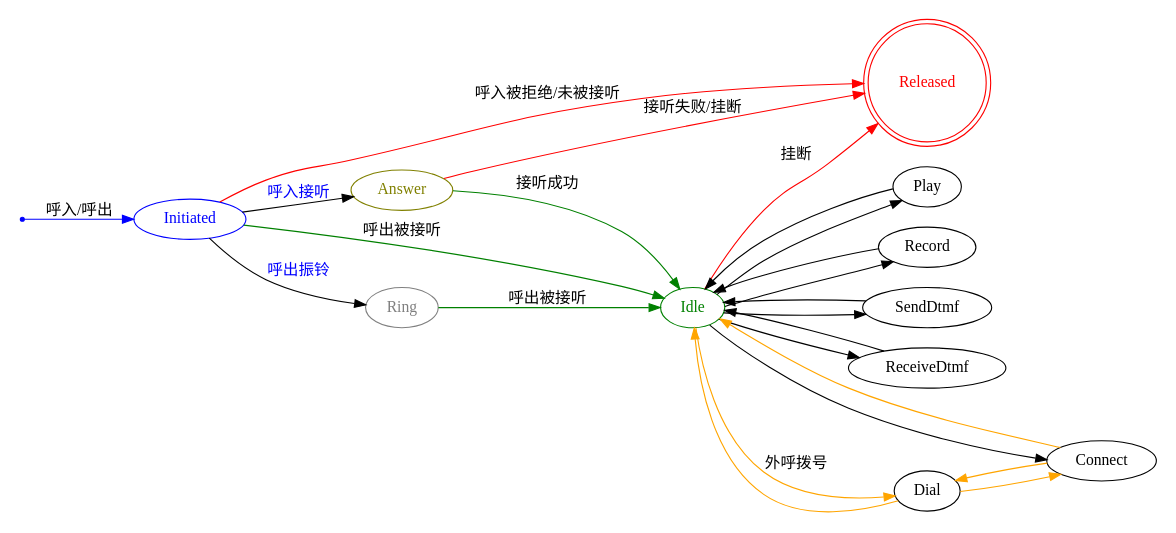
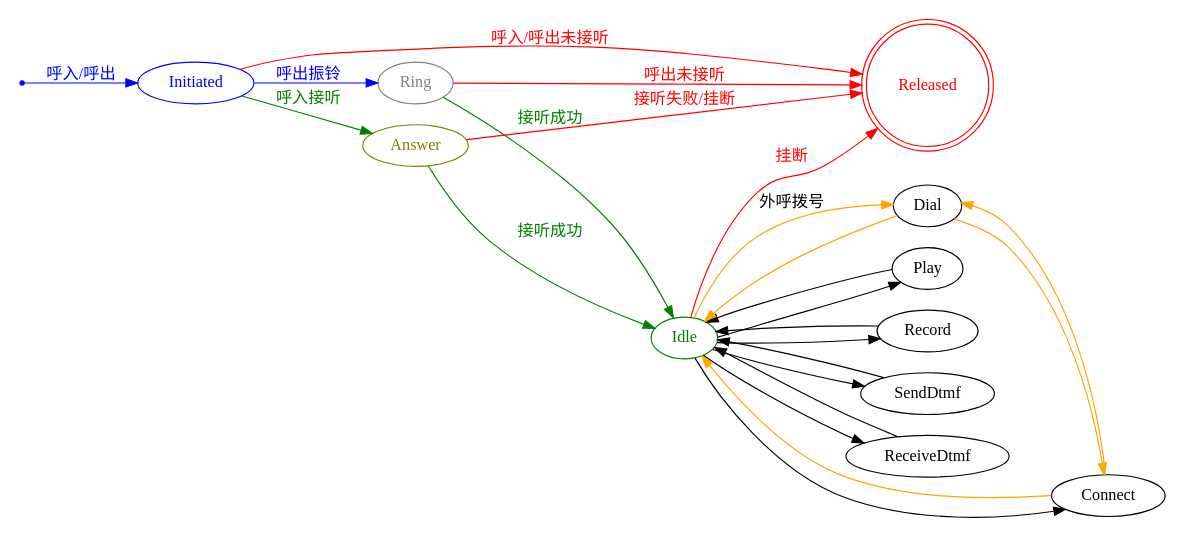
Before and after one commit to tanbro/ipsc-ccf: the diagram in docs/api-spec/sys/call.rst, drawn with Graphviz. The commit also changed other lines of this file and 2 other files, not shown here.

Commit message:
进一步限制呼叫加入会议的状态条件

```diff
--- a/docs/api-spec/sys/call.rst
+++ b/docs/api-spec/sys/call.rst
@@ -22,44 +22,44 @@
 .. graphviz::
 
   digraph CallResourceState {
 
     size="8,8";
     rankdir="LR";
 
     Start [shape=point, color=blue, fontcolor=blue];
     Initiated [color=blue, fontcolor=blue];
     Ring [color=gray, fontcolor=gray];
     Answer [color=olive, fontcolor=olive];
     Idle [color=green, fontcolor=green];
     Released [shape=doublecircle, color=red, fontcolor=red];
 
-    Start -> Initiated[label="呼入/呼出", color=blue];
-    Initiated -> Released [label="呼入被拒绝/未被接听", color=red];
-    Initiated -> Ring[label="呼出振铃", fontcolor=blue];
-    Initiated -> Answer[label="呼入接听", fontcolor=blue];
-    Initiated -> Idle [label="呼出被接听", color=green];
-    Ring -> Idle [label="呼出被接听", color=green];
-    Answer -> Idle [label="接听成功", color=green];
-    Answer -> Released [label="接听失败/挂断", color=red];
-    Idle -> Released [label="挂断", color=red];
+    Start -> Initiated[label="呼入/呼出", color=blue, fontcolor=blue];
+    Initiated -> Released [label="呼入/呼出未接听", color=red,  fontcolor=red];
+    Initiated -> Ring[label="呼出振铃", fontcolor=blue, color=blue];
+    Initiated -> Answer[label="呼入接听", fontcolor=green, color=green];
+    Ring -> Idle [label="接听成功", color=green, fontcolor=green];
+    Ring -> Released [label="呼出未接听", color=red, fontcolor=red];
+    Answer -> Idle [label="接听成功", color=green, fontcolor=green];
+    Answer -> Released [label="接听失败/挂断", color=red, fontcolor=red];
+    Idle -> Released [label="挂断", color=red, fontcolor=red];
 
     Idle -> Play;
     Play -> Idle;
 
     Idle -> Record;
     Record -> Idle;
 
     Idle -> SendDtmf;
     SendDtmf -> Idle;
 
     Idle -> ReceiveDtmf;
     ReceiveDtmf -> Idle;
 
     Idle -> Dial [label="外呼拨号", color=orange];
     Dial -> Idle [color=orange];
     Dial -> Connect [color=orange];
     Connect -> Dial [color=orange];
     Connect -> Idle [color=orange];
     Idle -> Connect;
 
   }
```
